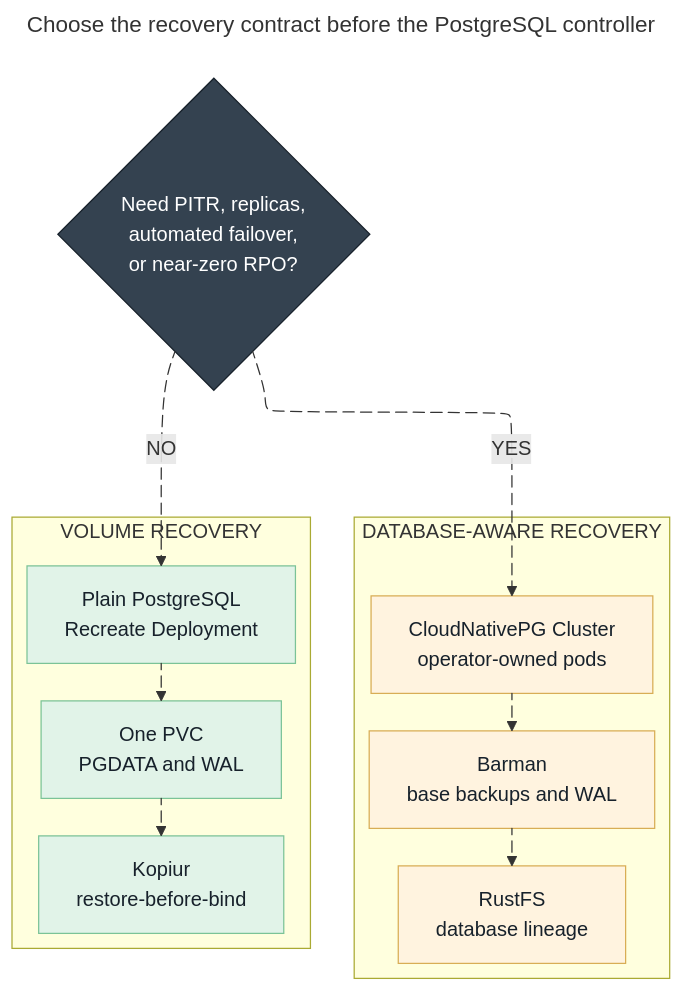
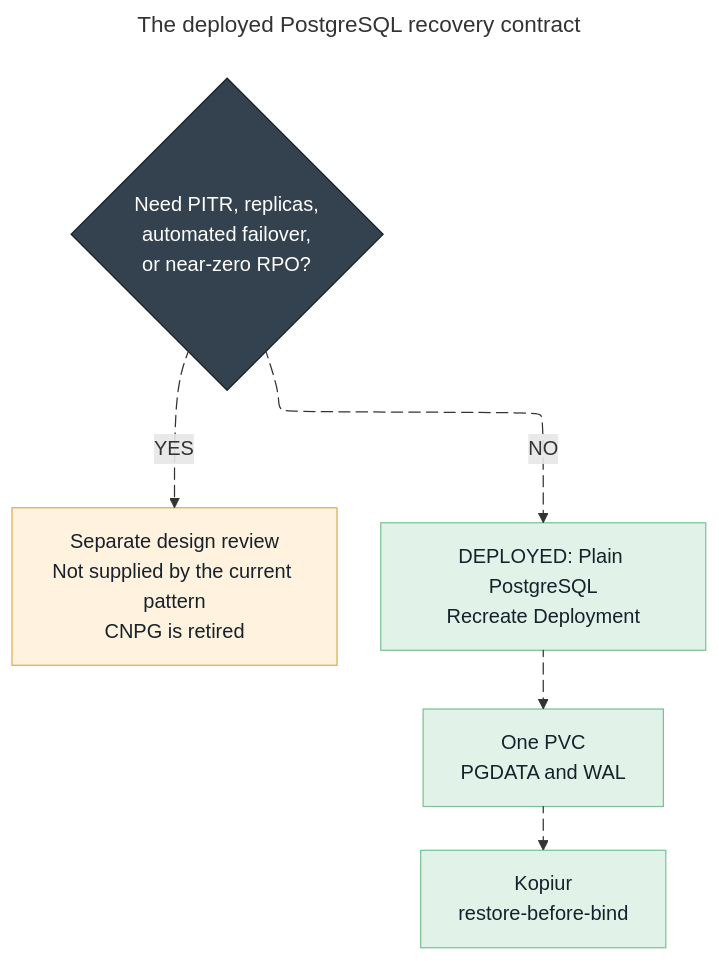
One commit to mitchross/talos-argocd-proxmox changed the diagram in docs/diagrams/postgres-recovery-choice.mmd. Above: the diagram before and after it, drawn with Mermaid. The commit also changed 27 other files, not shown here.

Commit message:
Publish architecture inventory and correct recovery and topology docs

```diff
--- a/docs/diagrams/postgres-recovery-choice.mmd
+++ b/docs/diagrams/postgres-recovery-choice.mmd
@@ -1,54 +1,41 @@
 ---
-title: Choose the recovery contract before the PostgreSQL controller
+title: The deployed PostgreSQL recovery contract
 config:
   layout: elk
 ---
 flowchart TB
-  accTitle: PostgreSQL recovery-controller decision
-  accDescr: Workloads requiring point-in-time recovery, replicas, or automated failover use CloudNativePG and Barman. Simpler workloads use plain PostgreSQL and Kopiur restore-before-bind.
+  accTitle: PostgreSQL snapshot recovery and its limits
+  accDescr: The deployed database pattern is plain PostgreSQL with PGDATA and WAL on one PVC, restored through Kopiur. Point-in-time recovery and database failover would require a separate design review; CNPG is retired.
 
   NEED{"`Need PITR, replicas,
   automated failover,
   or near-zero RPO?`"}
 
-  subgraph CNPG["DATABASE-AWARE RECOVERY"]
-    direction LR
-    CLUSTER["`CloudNativePG Cluster
-    operator-owned pods`"]
-    BARMAN["`Barman
-    base backups and WAL`"]
-    DBBUCKET["`RustFS
-    database lineage`"]
-    CLUSTER cnpg1@--> BARMAN
-    BARMAN cnpg2@--> DBBUCKET
-  end
+  REVIEW["`Separate design review
+  Not supplied by the current pattern
+  CNPG is retired`"]
 
-  subgraph PLAIN["VOLUME RECOVERY"]
-    direction LR
-    DEPLOY["`Plain PostgreSQL
+    DEPLOY["`DEPLOYED: Plain PostgreSQL
     Recreate Deployment`"]
     PVC["`One PVC
     PGDATA and WAL`"]
     KOPIUR["`Kopiur
     restore-before-bind`"]
     DEPLOY plain1@--> PVC
     PVC plain2@--> KOPIUR
-  end
 
-  NEED yes@-- "YES" --> CLUSTER
+  NEED yes@-- "YES" --> REVIEW
   NEED no@-- "NO" --> DEPLOY
 
   classDef decision fill:#344250,stroke:#17212b,color:#ffffff
   classDef external fill:#fff3df,stroke:#d8ad55,color:#17212b
   classDef desired fill:#e1f3e8,stroke:#7bc397,color:#17212b
   classDef controller fill:#dff4f6,stroke:#70bcc4,color:#17212b
   class NEED decision
-  class CLUSTER,BARMAN,DBBUCKET external
+  class REVIEW external
   class DEPLOY,PVC,KOPIUR desired
 
   yes@{ animation: fast }
   no@{ animation: fast }
-  cnpg1@{ animation: slow }
-  cnpg2@{ animation: slow }
   plain1@{ animation: slow }
   plain2@{ animation: slow }
```
